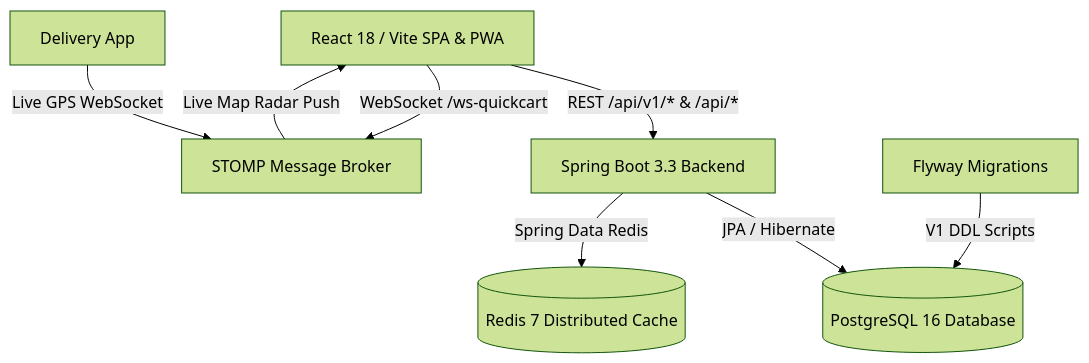
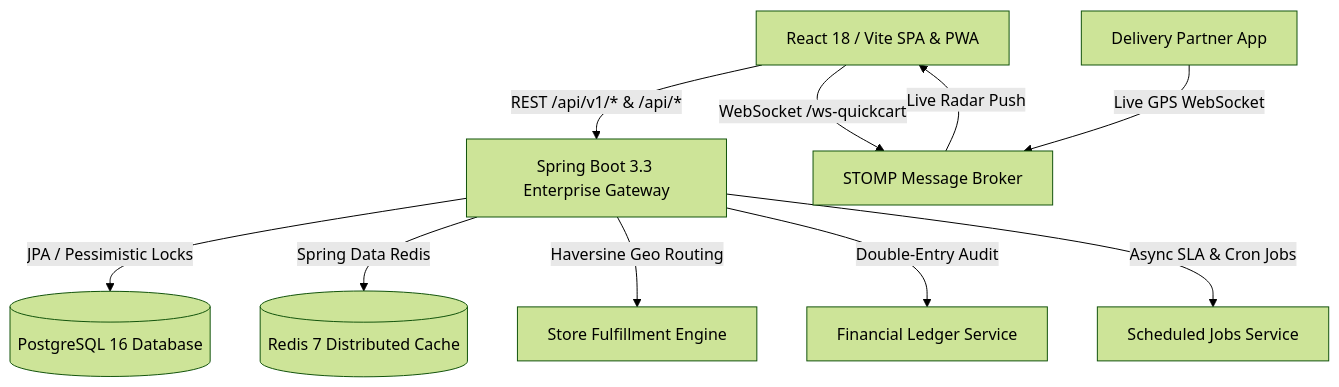
One commit to riya292100/new changed the diagram in README.md. Above: the diagram before and after it, drawn with Mermaid (forest theme). The commit also changed other lines of this file and 47 other files, not shown here.

Commit message:
feat(backend): upgrade to enterprise multi-store fulfillment, double-entry financial ledger, returns, support ticketing & concurrency controls

````diff
--- a/README.md
+++ b/README.md
@@ -57,10 +58,12 @@
 ```mermaid
 graph TD
-  Client[React 18 / Vite SPA & PWA] -->|REST /api/v1/* & /api/*| Gateway[Spring Boot 3.3 Backend]
+  Client[React 18 / Vite SPA & PWA] -->|REST /api/v1/* & /api/*| Gateway[Spring Boot 3.3 Enterprise Gateway]
   Client -->|WebSocket /ws-quickcart| WSBroker[STOMP Message Broker]
-  Gateway -->|JPA / Hibernate| Postgres[(PostgreSQL 16 Database)]
+  Gateway -->|JPA / Pessimistic Locks| Postgres[(PostgreSQL 16 Database)]
   Gateway -->|Spring Data Redis| Redis[(Redis 7 Distributed Cache)]
-  Flyway[Flyway Migrations] -->|V1 DDL Scripts| Postgres
-  Driver[Delivery App] -->|Live GPS WebSocket| WSBroker
-  WSBroker -->|Live Map Radar Push| Client
+  Gateway -->|Haversine Geo Routing| Fulfillment[Store Fulfillment Engine]
+  Gateway -->|Double-Entry Audit| Ledger[Financial Ledger Service]
+  Gateway -->|Async SLA & Cron Jobs| Scheduler[Scheduled Jobs Service]
+  Driver[Delivery Partner App] -->|Live GPS WebSocket| WSBroker
+  WSBroker -->|Live Radar Push| Client
 ```
````
